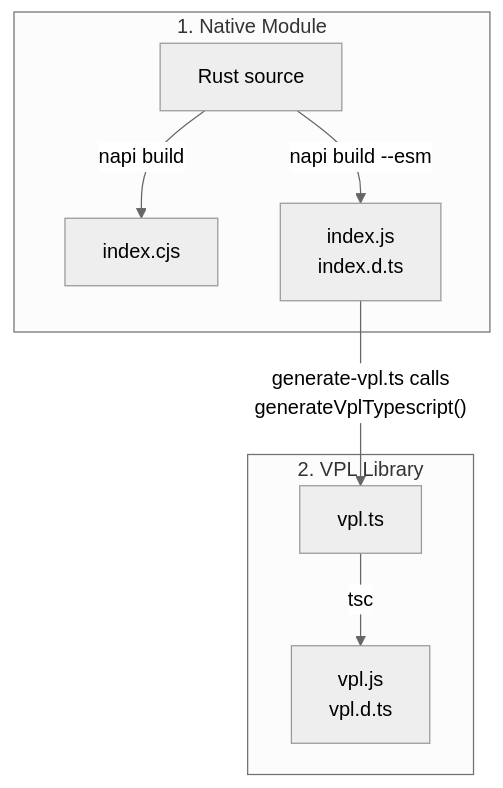
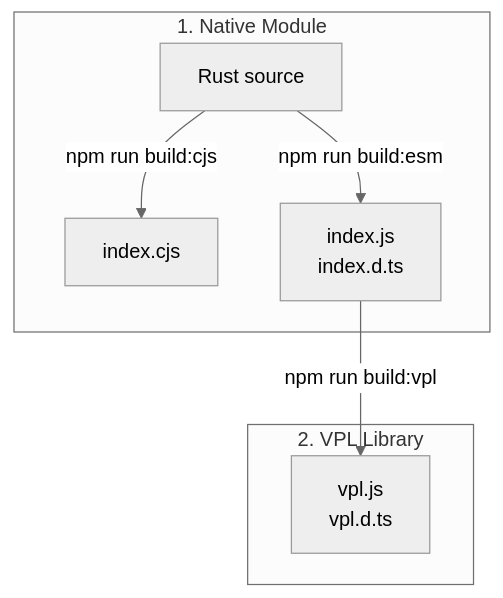
The diagram in versatiles_node/README.md (versatiles-org/versatiles-rs), drawn with Mermaid (neutral theme) before and after one commit.

Commit message:
feat(docs): update build process instructions for native module and VPL library in README

````diff
--- a/versatiles_node/README.md
+++ b/versatiles_node/README.md
@@ -387,12 +387,11 @@
 ```mermaid
 flowchart TD
     subgraph "1. Native Module"
-        RS[Rust source] -->|"napi build"| CJS["index.cjs"]
-        RS -->|"napi build --esm"| ESM["index.js\nindex.d.ts"]
+        RS[Rust source] -->|"npm run build:cjs"| CJS["index.cjs"]
+        RS -->|"npm run build:esm"| ESM["index.js<br/>index.d.ts"]
     end
 
     subgraph "2. VPL Library"
-        ESM -->|"generate-vpl.ts calls\ngenerateVplTypescript()"| VTS["vpl.ts"]
-        VTS -->|"tsc"| VJS["vpl.js\nvpl.d.ts"]
+        ESM -->|"npm run build:vpl"| VJS["vpl.js<br/>vpl.d.ts"]
     end
 ```
````
